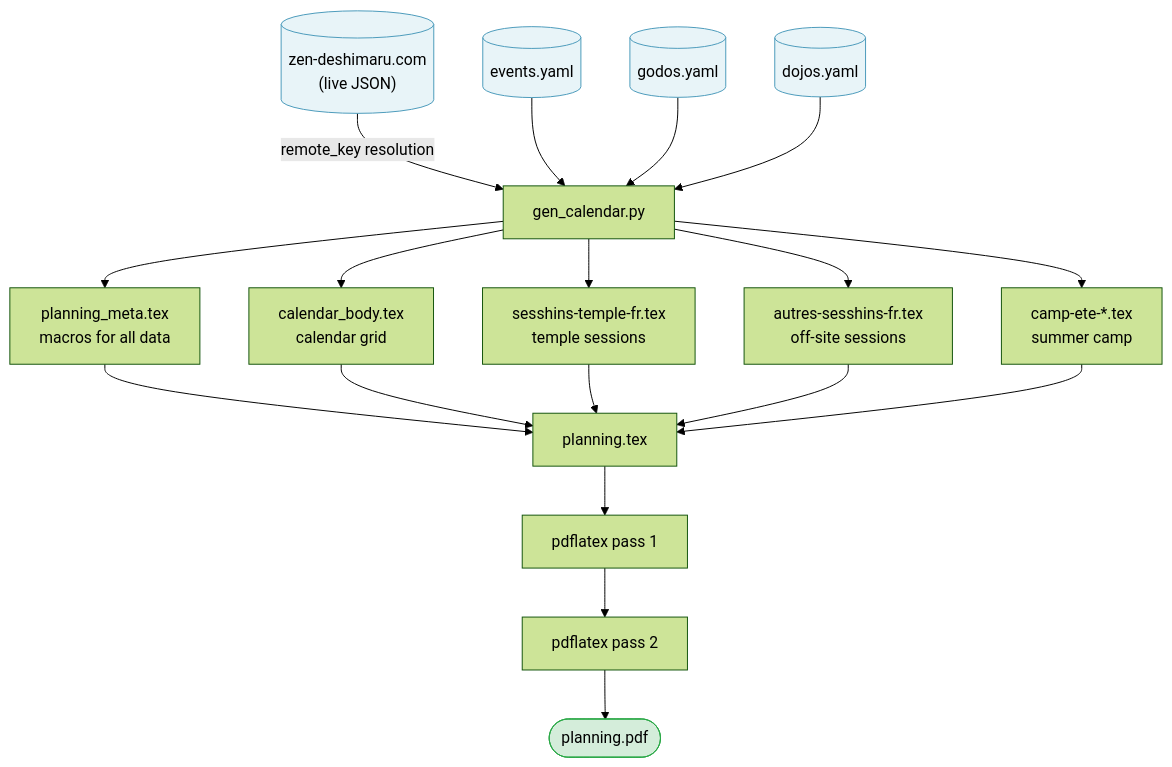
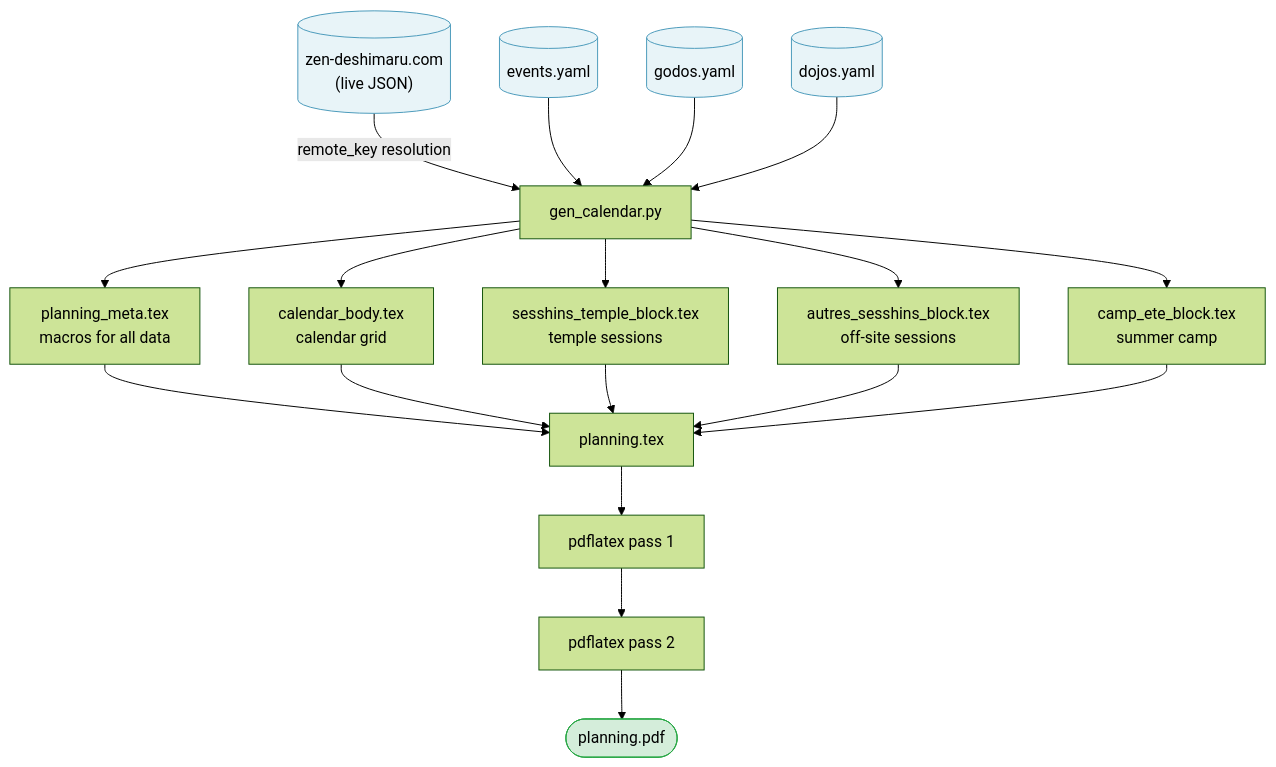
The diagram in src/content/blog/planning-poster-layout-data-generation-separation.mdx (olivier-carrere/redaction-technique.org), drawn with Mermaid (forest theme) before and after one commit. The commit also changed other lines of this file, not shown here.

Commit message:
fix(blog): correct diagram filenames to match actual repo (sesshins_temple_block.tex etc.)

````diff
--- a/src/content/blog/planning-poster-layout-data-generation-separation.mdx
+++ b/src/content/blog/planning-poster-layout-data-generation-separation.mdx
@@ -47,28 +47,28 @@
 ```mermaid
 flowchart TD
     R[("zen-deshimaru.com<br/>(live JSON)")] -->|remote_key resolution| G
     EV[(events.yaml)] --> G
     GO[(godos.yaml)] --> G
     DO[(dojos.yaml)] --> G
     G[gen_calendar.py] --> M[planning_meta.tex<br/>macros for all data]
     G --> CB[calendar_body.tex<br/>calendar grid]
-    G --> ST[sesshins-temple-fr.tex<br/>temple sessions]
-    G --> AS[autres-sesshins-fr.tex<br/>off-site sessions]
-    G --> CE[camp-ete-*.tex<br/>summer camp]
+    G --> ST[sesshins_temple_block.tex<br/>temple sessions]
+    G --> AS[autres_sesshins_block.tex<br/>off-site sessions]
+    G --> CE[camp_ete_block.tex<br/>summer camp]
 
     M --> P[planning.tex]
     CB --> P
     ST --> P
     AS --> P
     CE --> P
 
     P --> L1[pdflatex pass 1]
     L1 --> L2[pdflatex pass 2]
     L2 --> F([planning.pdf])
 
     style R fill:#e8f4f8,stroke:#4a9abb
     style EV fill:#e8f4f8,stroke:#4a9abb
     style GO fill:#e8f4f8,stroke:#4a9abb
     style DO fill:#e8f4f8,stroke:#4a9abb
     style F fill:#d4edda,stroke:#28a745
 ```
````
